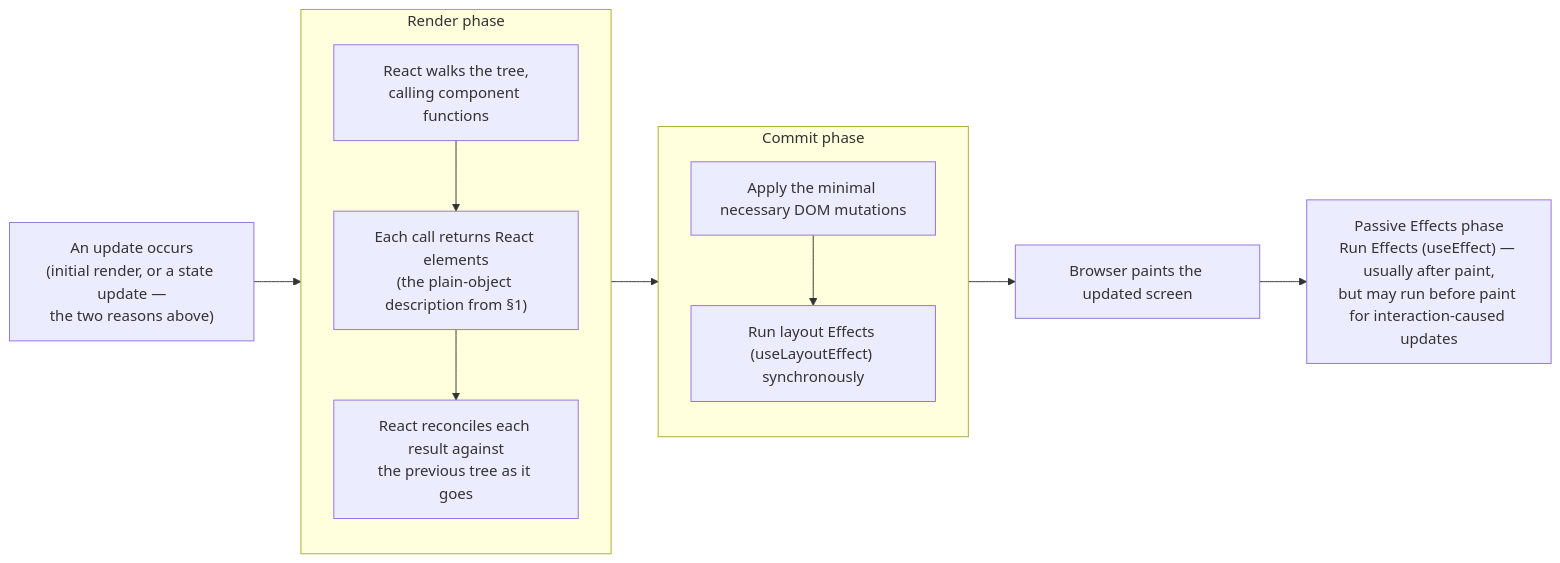
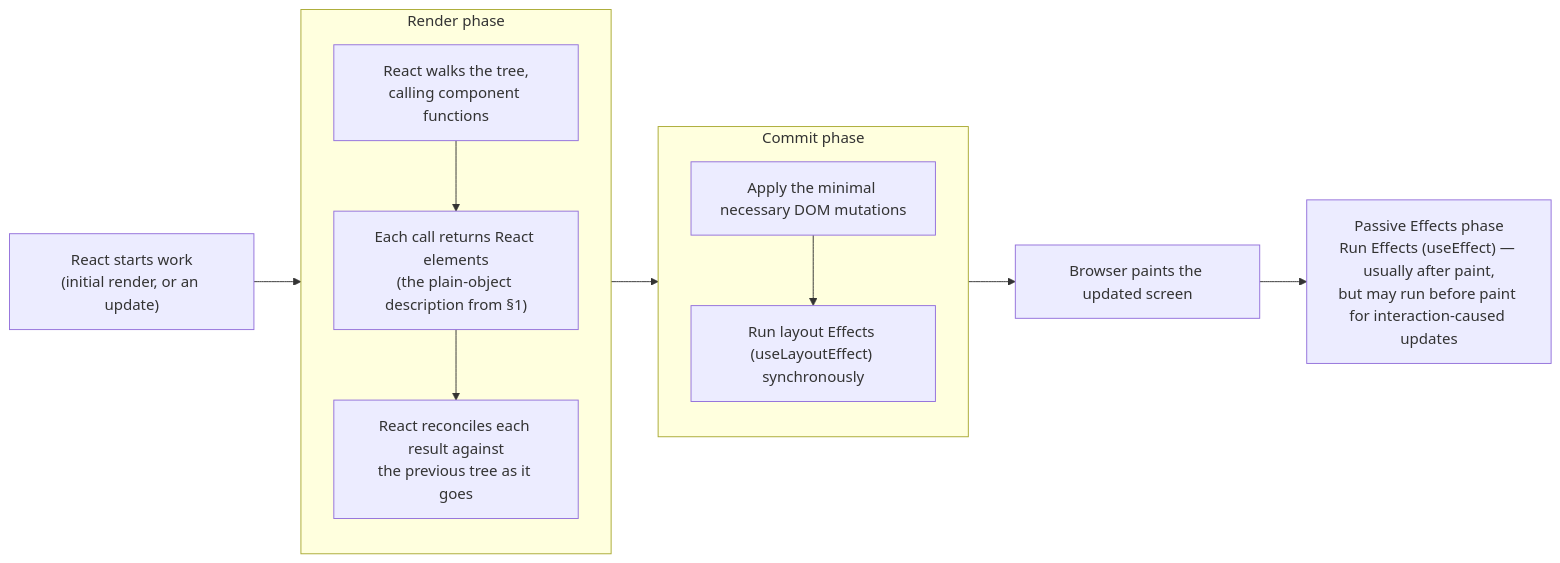
The third of 5 diagrams in notes/01-foundations/README.md (tushardongre1990/Claude-React), drawn with Mermaid before and after one commit. The commit also changed other lines of this file and 1 other file, not shown here.

Commit message:
fix ch.01 && mechanism explanation and replace "near-optimal" diffing claim with React's O(n) heuristic

````diff
--- a/notes/01-foundations/README.md
+++ b/notes/01-foundations/README.md
@@ -678,20 +693,20 @@
 ```mermaid
 flowchart LR
-    trigger["An update occurs\n(initial render, or a state update —\nthe two reasons above)"] --> render
+    trigger["React starts work\n(initial render, or an update)"] --> render
     subgraph render["Render phase"]
         direction TB
         r1["React walks the tree,\ncalling component functions"]
         r2["Each call returns React elements\n(the plain-object description from §1)"]
         r3["React reconciles each result against\nthe previous tree as it goes"]
         r1 --> r2 --> r3
     end
     render --> commit
     subgraph commit["Commit phase"]
         direction TB
         c1["Apply the minimal necessary DOM mutations"]
         c2["Run layout Effects (useLayoutEffect) synchronously"]
         c1 --> c2
     end
     commit --> paint["Browser paints the updated screen"]
     paint --> passive["Passive Effects phase\nRun Effects (useEffect) — usually after paint,\nbut may run before paint for interaction-caused updates"]
 ```
````
